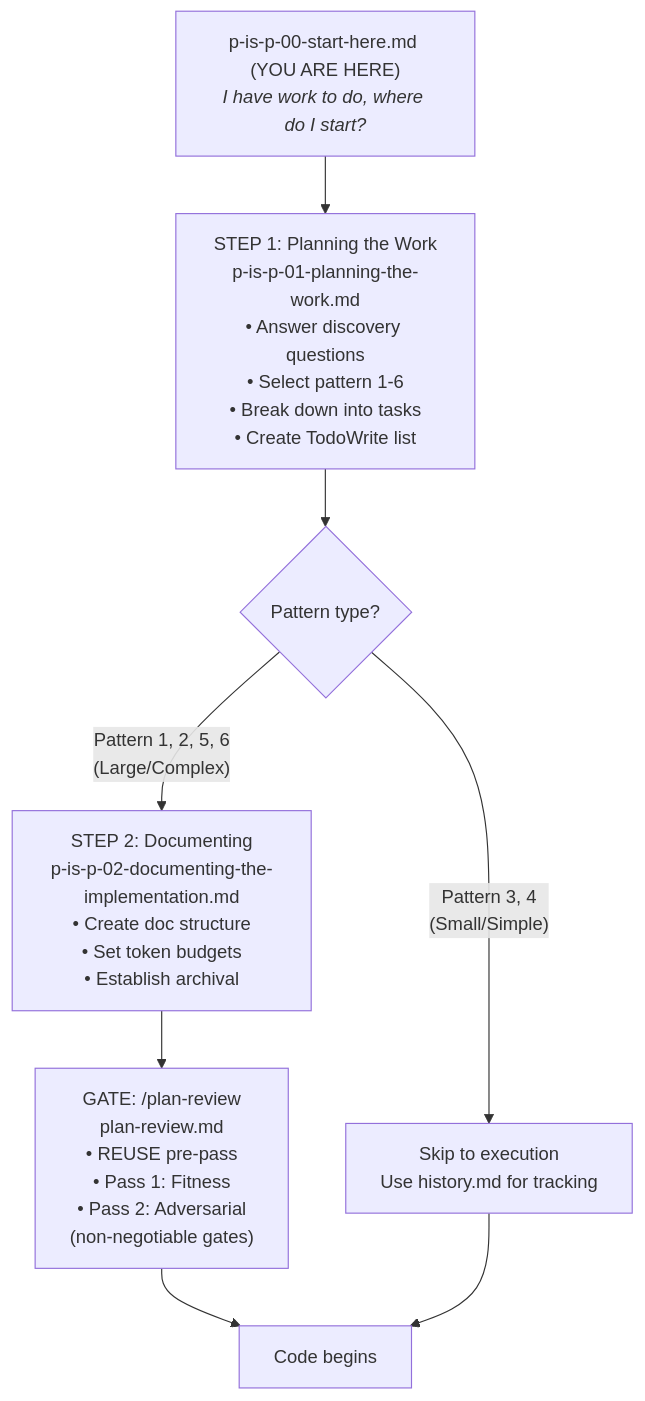
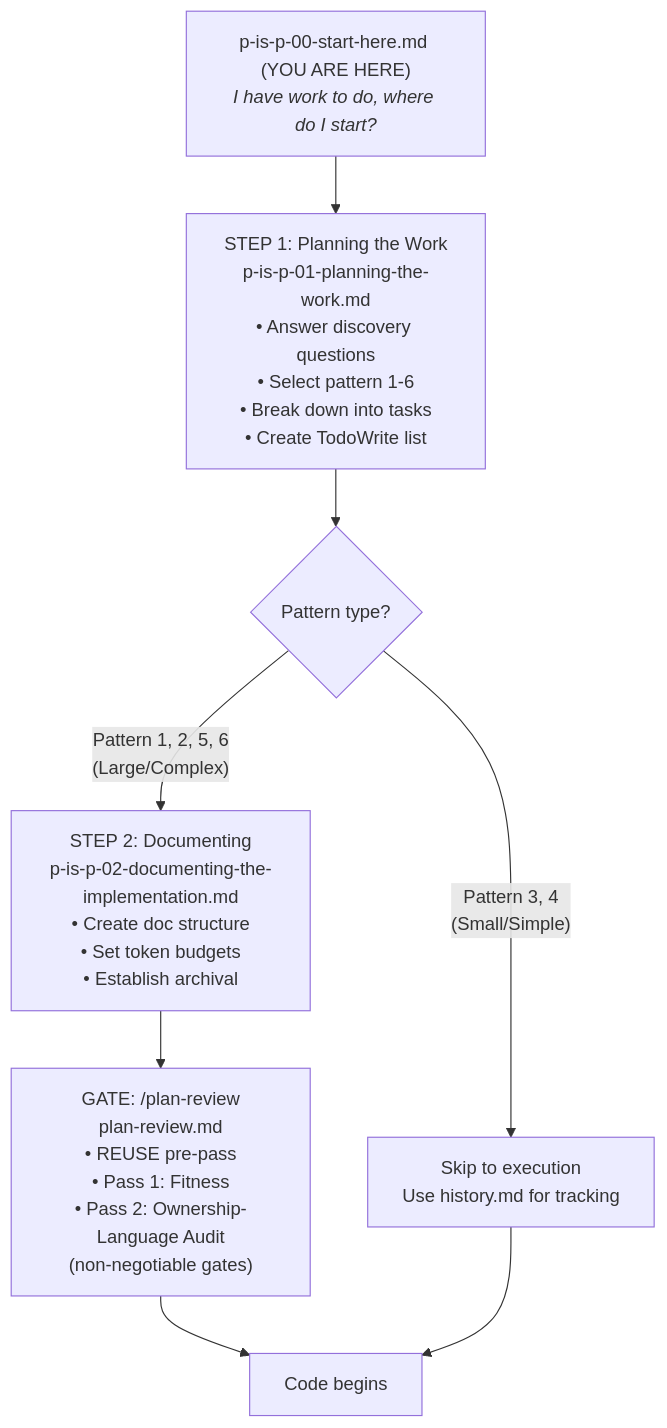
The diagram in workflow/p-is-p-00-start-here.md (deepily/planning-is-prompting), drawn with Mermaid before and after one commit. The commit also changed 10 other files, not shown here.

````diff
--- a/workflow/p-is-p-00-start-here.md
+++ b/workflow/p-is-p-00-start-here.md
@@ -260,12 +260,12 @@
 ```mermaid
 flowchart TD
     Start["p-is-p-00-start-here.md (YOU ARE HERE)<br><i>I have work to do, where do I start?</i>"]
     Step1["STEP 1: Planning the Work<br>p-is-p-01-planning-the-work.md<br>• Answer discovery questions<br>• Select pattern 1-6<br>• Break down into tasks<br>• Create TodoWrite list"]
     Start --> Step1
     Step1 --> Branch{Pattern type?}
     Branch -->|"Pattern 1, 2, 5, 6<br>(Large/Complex)"| Step2["STEP 2: Documenting<br>p-is-p-02-documenting-the-implementation.md<br>• Create doc structure<br>• Set token budgets<br>• Establish archival"]
     Branch -->|"Pattern 3, 4<br>(Small/Simple)"| Skip["Skip to execution<br>Use history.md for tracking"]
-    Step2 --> Review["GATE: /plan-review<br>plan-review.md<br>• REUSE pre-pass<br>• Pass 1: Fitness<br>• Pass 2: Adversarial<br>(non-negotiable gates)"]
+    Step2 --> Review["GATE: /plan-review<br>plan-review.md<br>• REUSE pre-pass<br>• Pass 1: Fitness<br>• Pass 2: Ownership-Language Audit<br>(non-negotiable gates)"]
     Review --> Code["Code begins"]
     Skip --> Code
 ```
````
